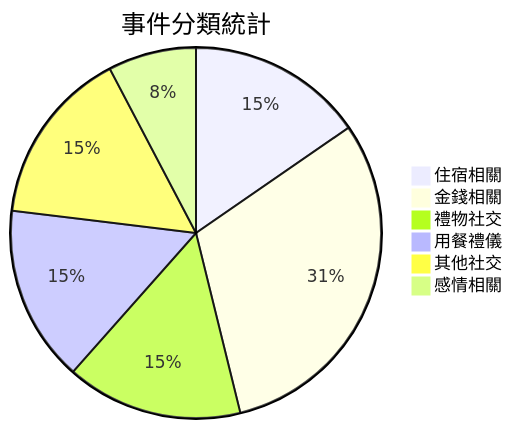
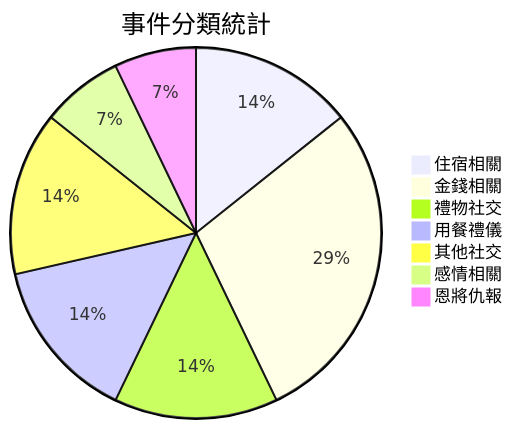
Before and after one commit to Zakkaus/nolebase: the first of 2 diagrams in zh-CN/笔记/📦 收集箱/陳俊霖 JIM CHEN.md, drawn with Mermaid. The commit also changed other lines of this file and 5 other files, not shown here.

````diff
--- a/zh-CN/笔记/📦 收集箱/陳俊霖 JIM CHEN.md
+++ b/zh-CN/笔记/📦 收集箱/陳俊霖 JIM CHEN.md
@@ -243,9 +280,10 @@
 ```mermaid
 pie title 事件分類統計
     "住宿相關" : 2
     "金錢相關" : 4
     "禮物社交" : 2
     "用餐禮儀" : 2
     "其他社交" : 2
     "感情相關" : 1
+    "恩將仇報" : 1
 ```
````
